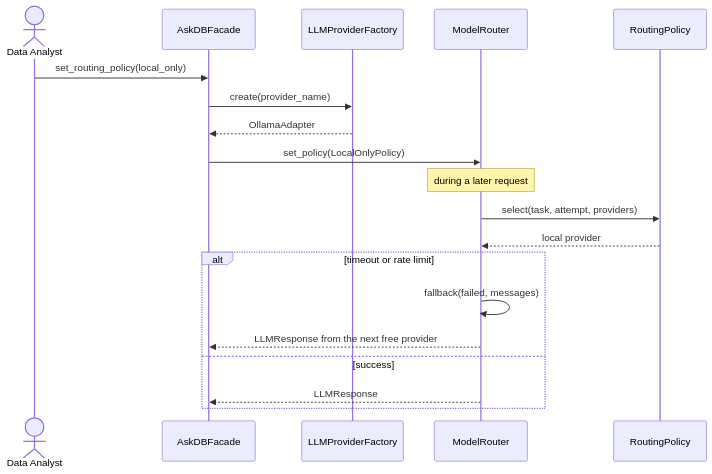
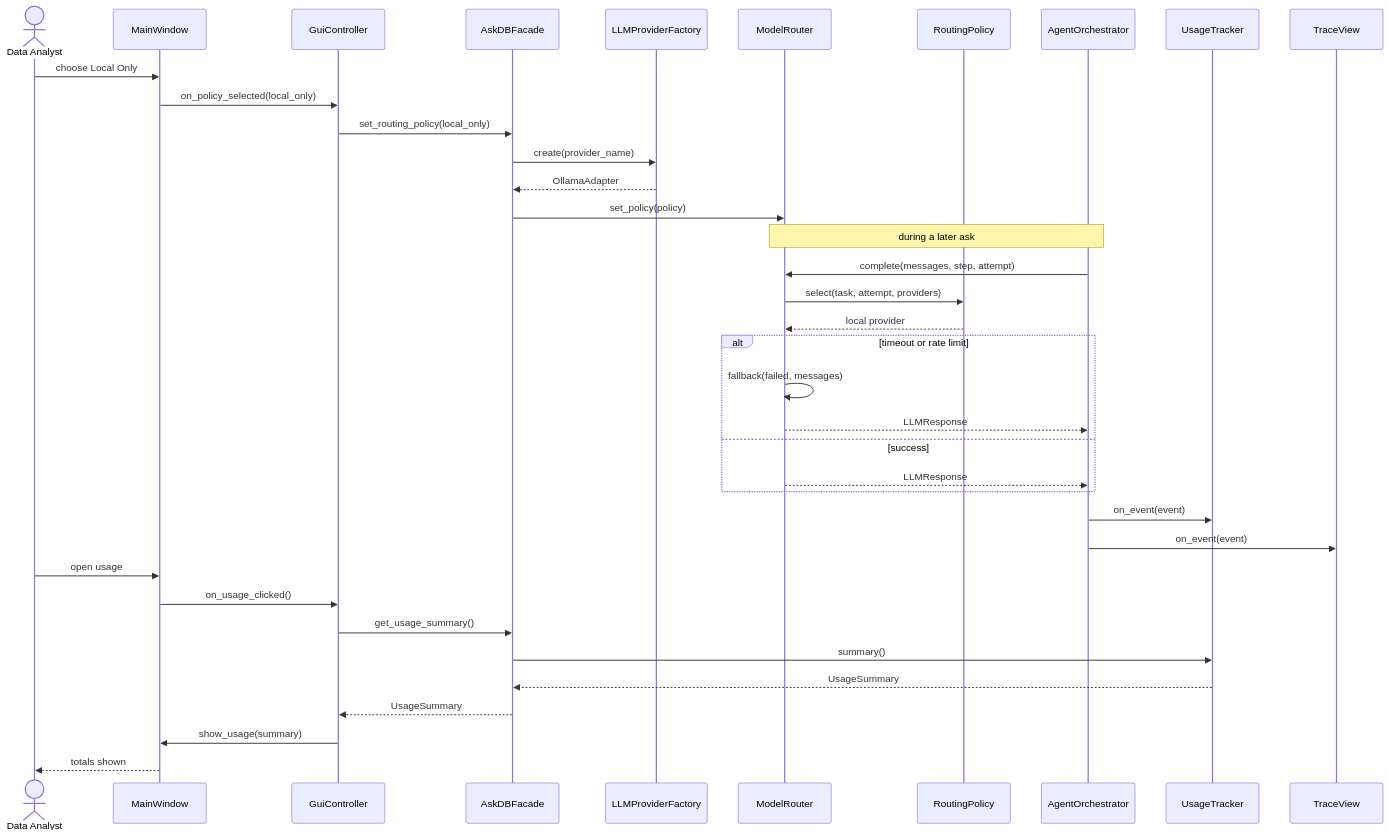
One commit to krishi-shah/AskDB-Data-Analyst-Agent changed diagram 14 of 15 in docs/Stage1_Design_Report.md. Above: the diagram before and after it, drawn with Mermaid. The commit also changed other lines of this file, not shown here.

Commit message:
Complete the Stage 1 diagrams with the window, actors, and multiplicities.

````diff
--- a/docs/Stage1_Design_Report.md
+++ b/docs/Stage1_Design_Report.md
@@ -1198,22 +1336,40 @@
 ```mermaid
 sequenceDiagram
     actor A as Data Analyst
+    participant MW as MainWindow
+    participant GC as GuiController
     participant F as AskDBFacade
     participant PF as LLMProviderFactory
     participant MR as ModelRouter
     participant POL as RoutingPolicy
+    participant O as AgentOrchestrator
+    participant UT as UsageTracker
+    participant TV as TraceView
 
-    A->>F: set_routing_policy(local_only)
+    A->>MW: choose Local Only
+    MW->>GC: on_policy_selected(local_only)
+    GC->>F: set_routing_policy(local_only)
     F->>PF: create(provider_name)
     PF-->>F: OllamaAdapter
-    F->>MR: set_policy(LocalOnlyPolicy)
-    Note over MR: during a later request
+    F->>MR: set_policy(policy)
+    Note over O,MR: during a later ask
+    O->>MR: complete(messages, step, attempt)
     MR->>POL: select(task, attempt, providers)
     POL-->>MR: local provider
     alt timeout or rate limit
         MR->>MR: fallback(failed, messages)
-        MR-->>F: LLMResponse from the next free provider
+        MR-->>O: LLMResponse
     else success
-        MR-->>F: LLMResponse
+        MR-->>O: LLMResponse
     end
+    O->>UT: on_event(event)
+    O->>TV: on_event(event)
+    A->>MW: open usage
+    MW->>GC: on_usage_clicked()
+    GC->>F: get_usage_summary()
+    F->>UT: summary()
+    UT-->>F: UsageSummary
+    F-->>GC: UsageSummary
+    GC->>MW: show_usage(summary)
+    MW-->>A: totals shown
 ```
````
